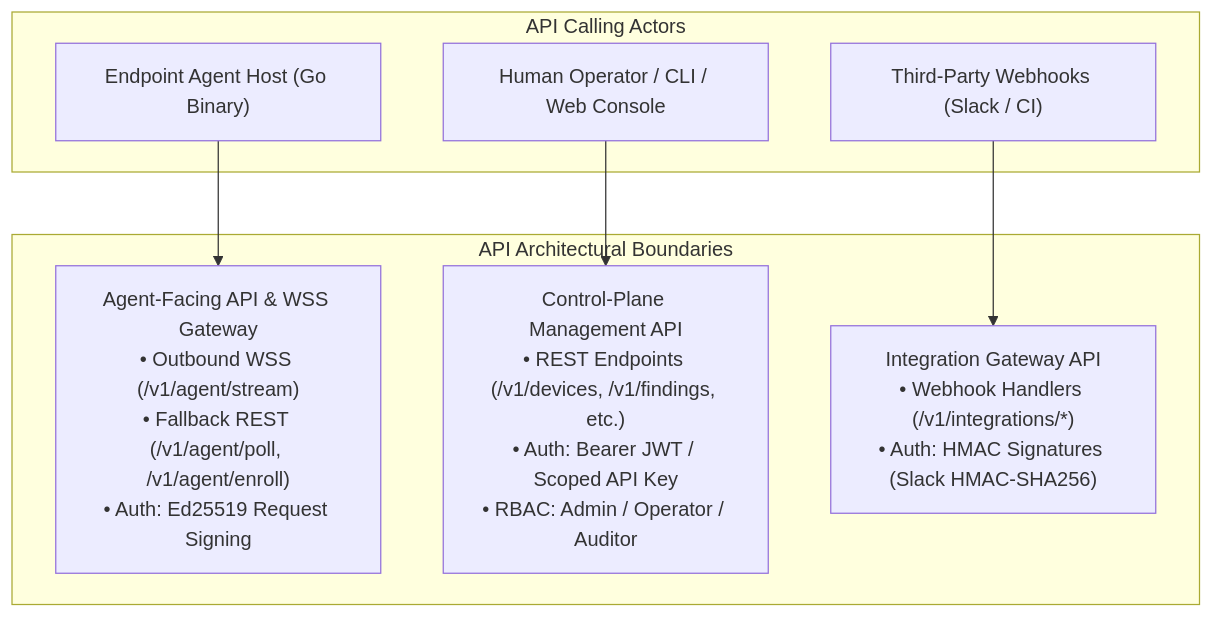
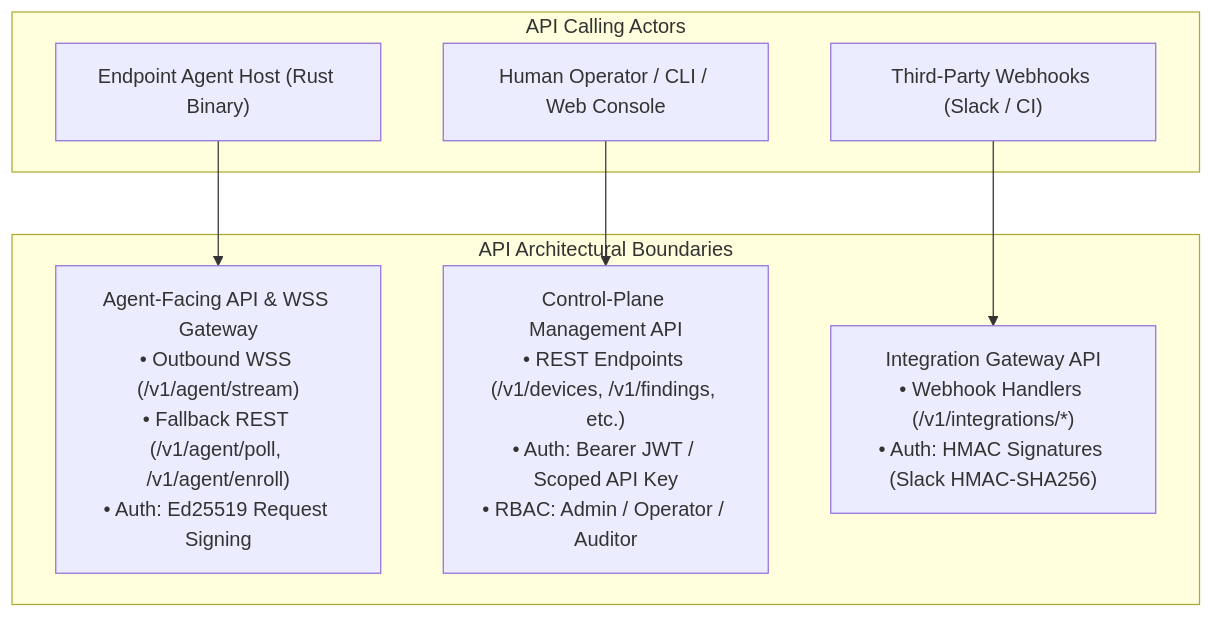
Before and after one commit to Subhadip-Paul2006/NETRA-Backend: the first of 2 diagrams in docs/API.md, drawn with Mermaid. The commit also changed other lines of this file and 13 other files, not shown here.

Commit message:
docs: finalize Rust-first systems architecture lock across all 16 specifications

````diff
--- a/docs/API.md
+++ b/docs/API.md
@@ -35,18 +35,18 @@
 ```mermaid
 flowchart TD
     subgraph Actors["API Calling Actors"]
-        AgentHost["Endpoint Agent Host (Go Binary)"]
+        AgentHost["Endpoint Agent Host (Rust Binary)"]
         Operator["Human Operator / CLI / Web Console"]
         Integration["Third-Party Webhooks (Slack / CI)"]
     end
 
     subgraph Boundaries["API Architectural Boundaries"]
         AgentAPI["Agent-Facing API & WSS Gateway<br/>• Outbound WSS (/v1/agent/stream)<br/>• Fallback REST (/v1/agent/poll, /v1/agent/enroll)<br/>• Auth: Ed25519 Request Signing"]
         ControlAPI["Control-Plane Management API<br/>• REST Endpoints (/v1/devices, /v1/findings, etc.)<br/>• Auth: Bearer JWT / Scoped API Key<br/>• RBAC: Admin / Operator / Auditor"]
         IntegrationAPI["Integration Gateway API<br/>• Webhook Handlers (/v1/integrations/*)<br/>• Auth: HMAC Signatures (Slack HMAC-SHA256)"]
     end
 
     AgentHost --> AgentAPI
     Operator --> ControlAPI
     Integration --> IntegrationAPI
 ```
````
